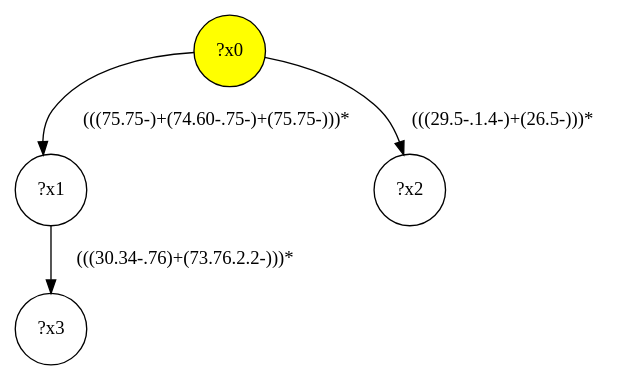
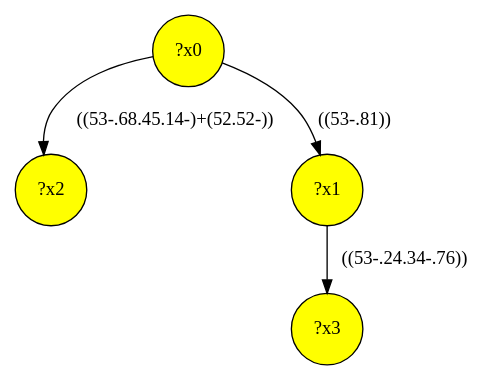
One commit to gbagan/gmark changed the diagram in demo/shop/shop-interface/query-12.dot. Above: the diagram before and after it, drawn with Graphviz. The commit also changed 2835 other files, not shown here.

```diff
--- a/demo/shop/shop-interface/query-12.dot
+++ b/demo/shop/shop-interface/query-12.dot
@@ -1,9 +1,9 @@
 digraph g {
+	x2 [fillcolor="yellow", style="filled," shape=circle, label="?x2"];
+	x3 [fillcolor="yellow", style="filled," shape=circle, label="?x3"];
 	x0 [fillcolor="yellow", style="filled," shape=circle, label="?x0"];
-	x1 [shape=circle, label="?x1"];
-	x0 -> x1 [label="(((75.75-)+(74.60-.75-)+(75.75-)))*"];
-	x2 [shape=circle, label="?x2"];
-	x0 -> x2 [label="(((29.5-.1.4-)+(26.5-)))*"];
-	x3 [shape=circle, label="?x3"];
-	x1 -> x3 [label="(((30.34-.76)+(73.76.2.2-)))*"];
+	x1 [fillcolor="yellow", style="filled," shape=circle, label="?x1"];
+	x0 -> x1 [label="((53-.81))"];
+	x0 -> x2 [label="((53-.68.45.14-)+(52.52-))"];
+	x1 -> x3 [label="((53-.24.34-.76))"];
 }
```
